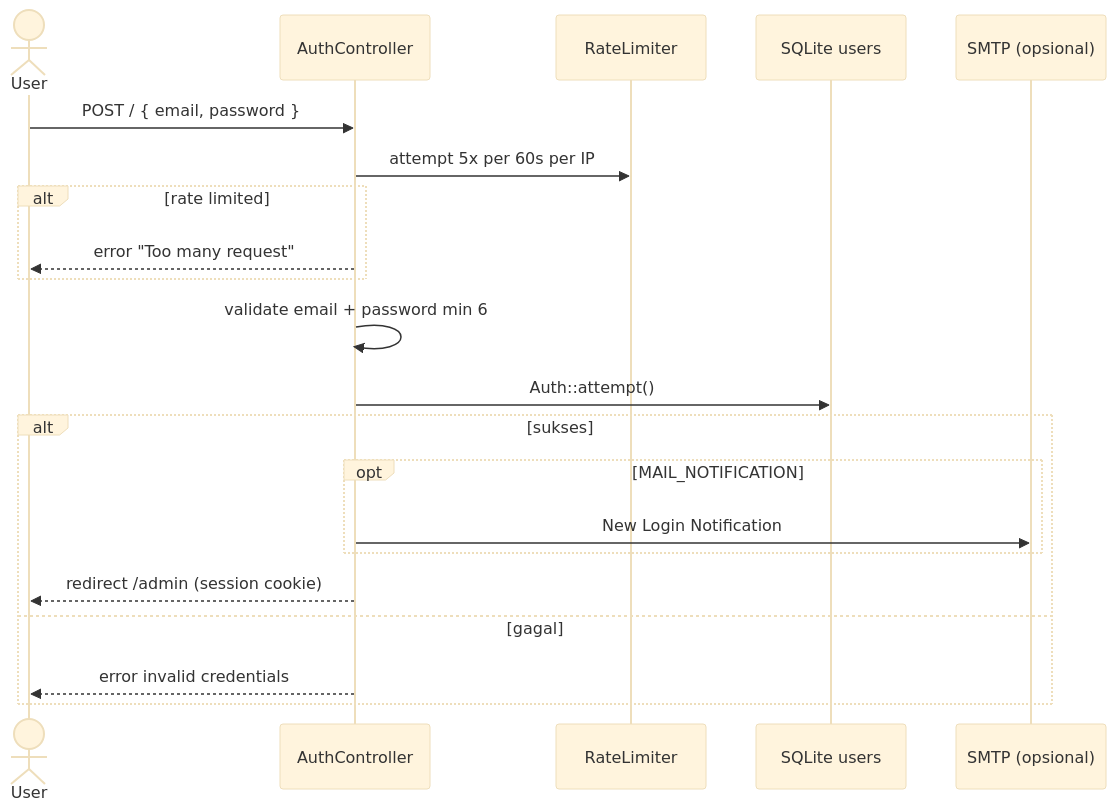
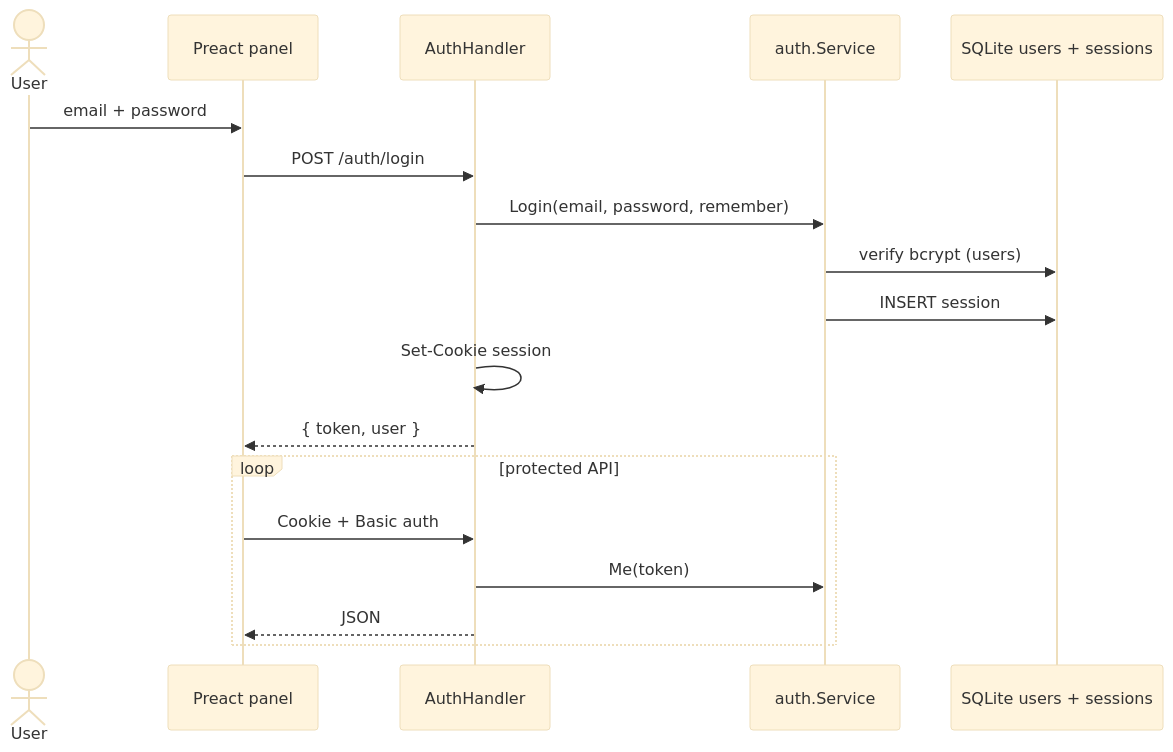
Before and after one commit to jahrulnr/GoSite: the second of 2 diagrams in docs/sequences/03-authentication.md, drawn with Mermaid (base theme). The commit also changed other lines of this file and 107 other files, not shown here.

````diff
--- a/docs/sequences/03-authentication.md
+++ b/docs/sequences/03-authentication.md
@@ -31,24 +39,22 @@
 ```mermaid
 sequenceDiagram
     actor User
-    participant Auth as AuthController
-    participant RL as RateLimiter
-    participant DB as SQLite users
-    participant Mail as SMTP (opsional)
+    participant UI as Preact panel
+    participant H as AuthHandler
+    participant Svc as auth.Service
+    participant DB as SQLite users + sessions
 
-    User->>Auth: POST / { email, password }
-    Auth->>RL: attempt 5x per 60s per IP
-    alt rate limited
-        Auth-->>User: error "Too many request"
-    end
-    Auth->>Auth: validate email + password min 6
-    Auth->>DB: Auth::attempt()
-    alt sukses
-        opt MAIL_NOTIFICATION
-            Auth->>Mail: New Login Notification
-        end
-        Auth-->>User: redirect /admin (session cookie)
-    else gagal
-        Auth-->>User: error invalid credentials
+    User->>UI: email + password
+    UI->>H: POST /auth/login
+    H->>Svc: Login(email, password, remember)
+    Svc->>DB: verify bcrypt (users)
+    Svc->>DB: INSERT session
+    H->>H: Set-Cookie session
+    H-->>UI: { token, user }
+
+    loop protected API
+        UI->>H: Cookie + Basic auth
+        H->>Svc: Me(token)
+        H-->>UI: JSON
     end
 ```
````
